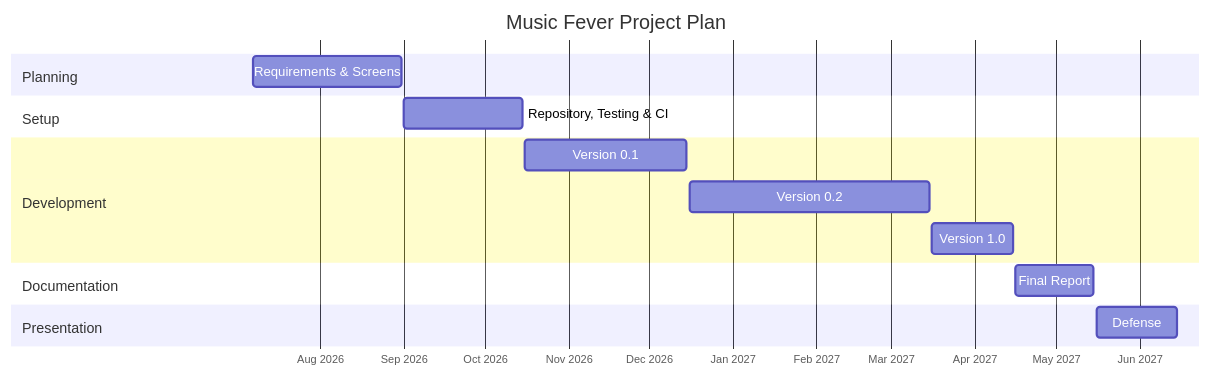
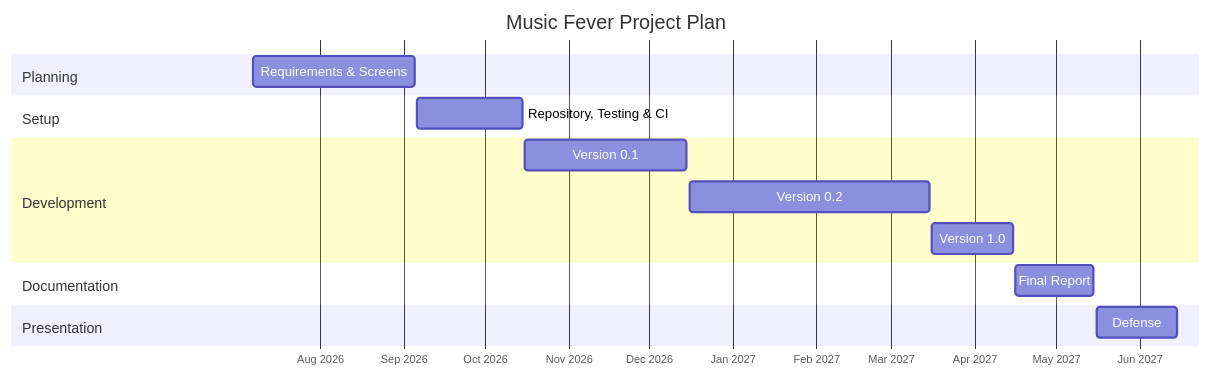
One commit to codeurjc-students/2026-MusicFever changed the first of 2 diagrams in README.md. Above: the diagram before and after it, drawn with Mermaid. The commit also changed other lines of this file and 3 other files, not shown here.

````diff
--- a/README.md
+++ b/README.md
@@ -108,36 +109,36 @@
 ```mermaid
 %%{init: {
   "gantt": {
     "leftPadding": 220,
     "rightPadding": 40,
     "barHeight": 28,
     "barGap": 10,
     "topPadding": 50,
     "fontSize": 12,
     "sectionFontSize": 13,
     "useMaxWidth": false
   }
 }}%%
 
 gantt
     title Music Fever Project Plan
     dateFormat  YYYY-MM-DD
     axisFormat  %b %Y
 
     section Planning
-    Requirements & Screens        :f1, 2026-07-07, 2026-08-31
+    Requirements & Screens        :f1, 2026-07-07, 2026-09-05
 
     section Setup
-    Repository, Testing & CI      :f2, 2026-09-01, 2026-10-15
+    Repository, Testing & CI      :f2, 2026-09-06, 2026-10-15
 
     section Development
     Version 0.1                   :f3, 2026-10-16, 2026-12-15
     Version 0.2                   :f4, 2026-12-16, 2027-03-15
     Version 1.0                   :f5, 2027-03-16, 2027-04-15
 
     section Documentation
     Final Report                  :f6, 2027-04-16, 2027-05-15
 
     section Presentation
     Defense                       :f7, 2027-05-16, 2027-06-15
 ```
````
